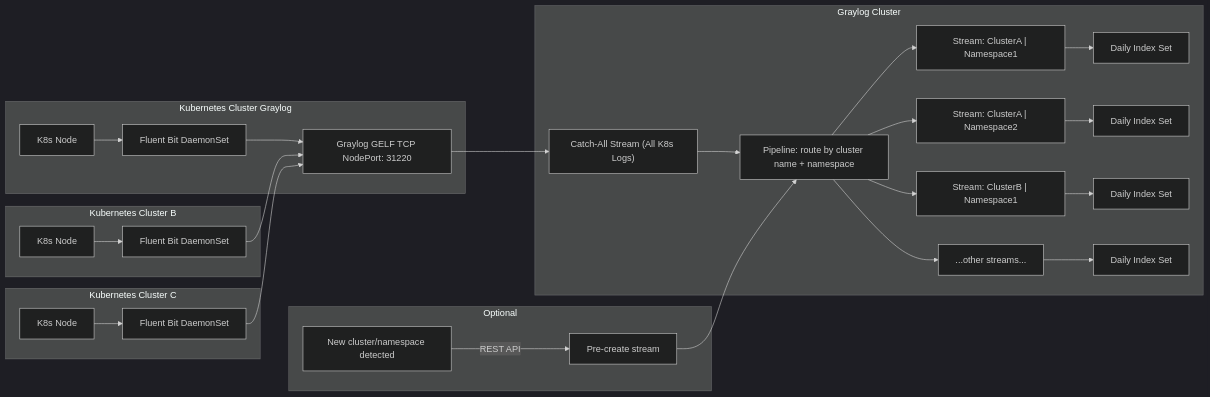
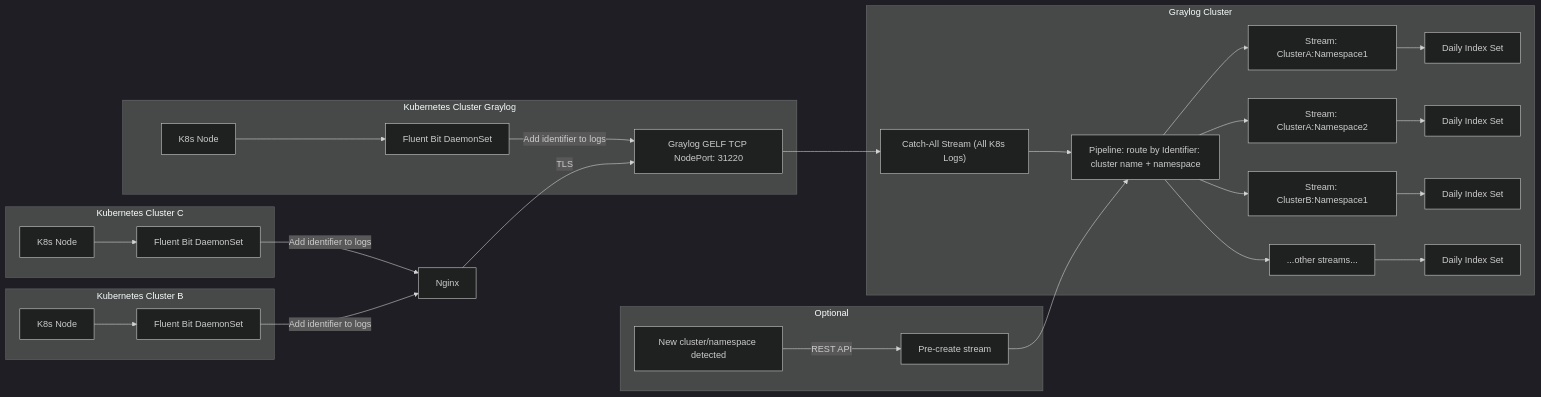
The first of 2 diagrams in Orchestration/Kubernetes/logging-plan/README.md (apakhbari/CheatSheets), drawn with Mermaid (dark theme) before and after one commit. The commit also changed other lines of this file and 2 other files, not shown here.

Commit message:
Add csv files for fluentbit

`````diff
--- a/Orchestration/Kubernetes/logging-plan/README.md
+++ b/Orchestration/Kubernetes/logging-plan/README.md
@@ -43,43 +43,56 @@
 ```mermaid
 flowchart LR
-    %% External Kubernetes clusters
-    subgraph ClusterA[Kubernetes Cluster Graylog]
-        NodeA[K8s Node] --> FB_A[Fluent Bit DaemonSet]
-        FB_A --> GELF_NodePort
-    end
 
-    subgraph ClusterB[Kubernetes Cluster B]
-        NodeB[K8s Node] --> FB_B[Fluent Bit DaemonSet]
-        FB_B --> GELF_NodePort
-    end
+ %% External Kubernetes clusters
+ subgraph ClusterA["Kubernetes Cluster Graylog"]
+        FB_A["Fluent Bit DaemonSet"]
+        NodeA["K8s Node"]
+        GELF_NodePort["Graylog GELF TCP NodePort: 31220"]
+  end
+ subgraph ClusterB["Kubernetes Cluster B"]
+        FB_B["Fluent Bit DaemonSet"]
+        NodeB["K8s Node"]
+  end
+ subgraph ClusterC["Kubernetes Cluster C"]
+        FB_C["Fluent Bit DaemonSet"]
+        NodeC["K8s Node"]
+  end
 
-    subgraph ClusterC[Kubernetes Cluster C]
-        NodeC[K8s Node] --> FB_C[Fluent Bit DaemonSet]
-        FB_C --> GELF_NodePort
-    end
-
-    %% Graylog NodePort Input
-    subgraph Graylog[Graylog Cluster]
-        GELF_NodePort[Graylog GELF TCP NodePort: 31220]
-        GELF_NodePort --> CatchAll["Catch-All Stream (All K8s Logs)"]
-        CatchAll --> Pipeline[Pipeline: route by cluster name + namespace]
+  %% Graylog NodePort Input
+ subgraph Graylog["Graylog Cluster"]
+        CatchAll["Catch-All Stream (All K8s Logs)"]
 
         %% Streams per cluster+namespace
-        Pipeline --> StreamA1["Stream: ClusterA | Namespace1"]
-        Pipeline --> StreamA2["Stream: ClusterA | Namespace2"]
-        Pipeline --> StreamB1["Stream: ClusterB | Namespace1"]
-        Pipeline --> StreamBN["...other streams..."]
-
+        Pipeline["Pipeline: route by Identifier: cluster name + namespace"]
+        StreamA1["Stream: ClusterA:Namespace1"]
+        StreamA2["Stream: ClusterA:Namespace2"]
+        StreamB1["Stream: ClusterB:Namespace1"]
+        StreamBN["...other streams..."]
+        
         %% Daily Index Sets
-        StreamA1 --> DailyIndex1["Daily Index Set"]
-        StreamA2 --> DailyIndex2["Daily Index Set"]
-        StreamB1 --> DailyIndex3["Daily Index Set"]
-        StreamBN --> DailyIndex4["Daily Index Set"]
-    end
-
-    %% Optional automation for new streams
-    subgraph Optional
-        NewClusterNS[New cluster/namespace detected] -->|REST API| StreamCreation["Pre-create stream"]
-        StreamCreation --> Pipeline
-    end
-````
+        DailyIndex1["Daily Index Set"]
+        DailyIndex2["Daily Index Set"]
+        DailyIndex3["Daily Index Set"]
+        DailyIndex4["Daily Index Set"]
+  end
+ subgraph Optional["Optional"]
+        StreamCreation["Pre-create stream"]
+        NewClusterNS["New cluster/namespace detected"]
+  end
+    NodeA --> FB_A
+    FB_A -- Add identifier to logs --> GELF_NodePort
+    NodeB --> FB_B
+    NodeC --> FB_C
+    GELF_NodePort --> CatchAll
+    CatchAll --> Pipeline
+    Pipeline --> StreamA1 & StreamA2 & StreamB1 & StreamBN
+    StreamA1 --> DailyIndex1
+    StreamA2 --> DailyIndex2
+    StreamB1 --> DailyIndex3
+    StreamBN --> DailyIndex4
+    NewClusterNS -- REST API --> StreamCreation
+    StreamCreation --> Pipeline
+    FB_C -- Add identifier to logs --> n1["Nginx"]
+    n1 -- TLS --> GELF_NodePort
+    FB_B -- Add identifier to logs --> n1
+```
`````
